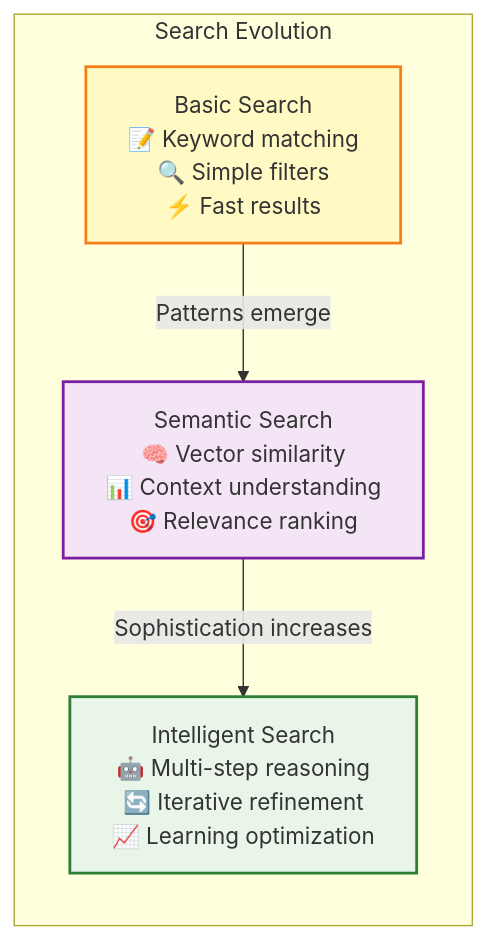
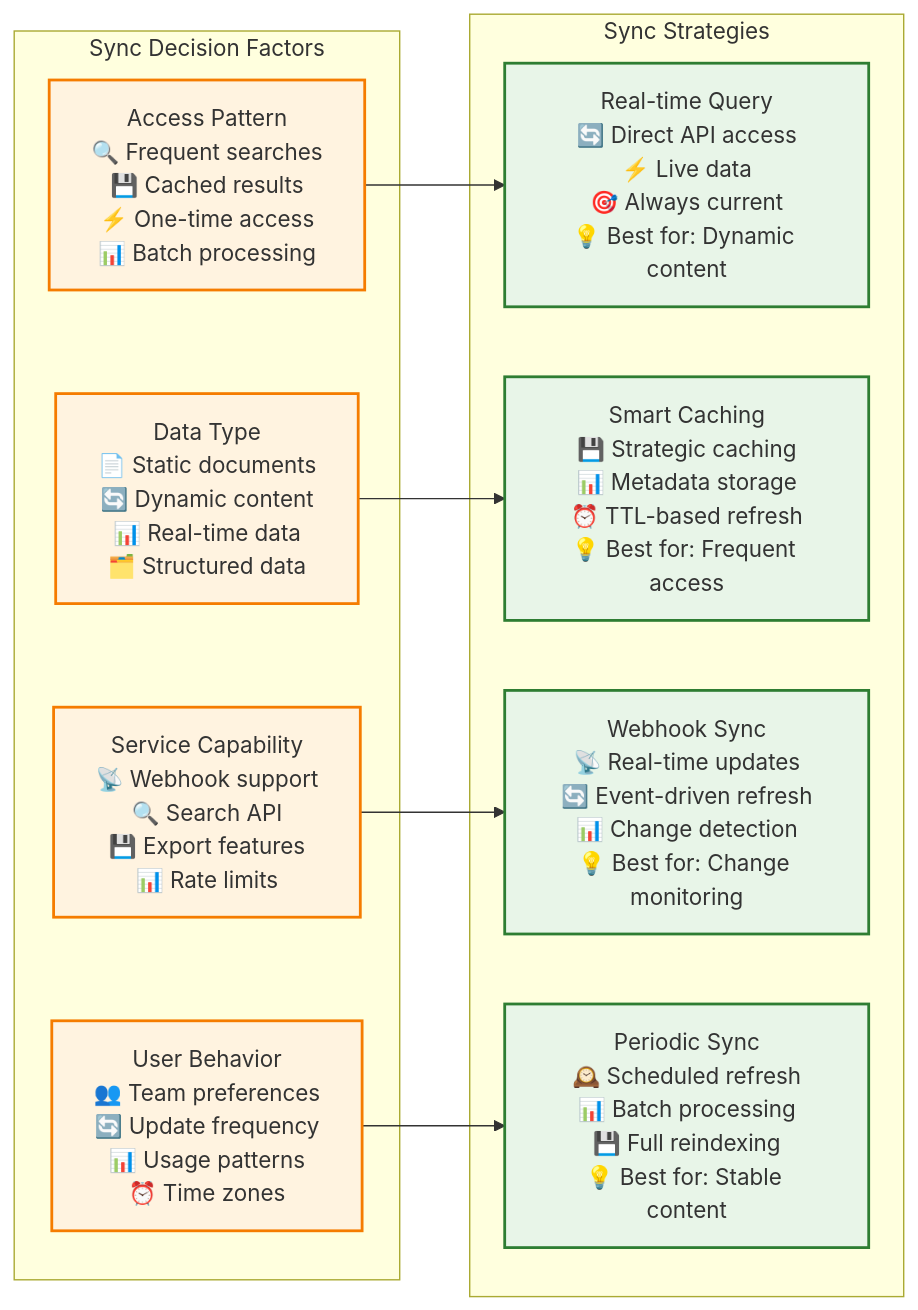
Before and after one commit to Vrooli/Vrooli: the second of 3 diagrams in docs/architecture/execution/knowledge-base/README.md, drawn with Mermaid. The commit also changed other lines of this file and 10 other files, not shown here.

````diff
--- a/docs/architecture/execution/knowledge-base/README.md
+++ b/docs/architecture/execution/knowledge-base/README.md
@@ -138,21 +270,33 @@
 ```mermaid
 graph LR
-    subgraph "Search Evolution"
-        BasicSearch[Basic Search<br/>📝 Keyword matching<br/>🔍 Simple filters<br/>⚡ Fast results]
+    subgraph "Sync Strategies"
+        RealTime[Real-time Query<br/>🔄 Direct API access<br/>⚡ Live data<br/>🎯 Always current<br/>💡 Best for: Dynamic content]
         
-        SemanticSearch[Semantic Search<br/>🧠 Vector similarity<br/>📊 Context understanding<br/>🎯 Relevance ranking]
+        SmartCache[Smart Caching<br/>💾 Strategic caching<br/>📊 Metadata storage<br/>⏰ TTL-based refresh<br/>💡 Best for: Frequent access]
         
-        IntelligentSearch[Intelligent Search<br/>🤖 Multi-step reasoning<br/>🔄 Iterative refinement<br/>📈 Learning optimization]
+        WebhookSync[Webhook Sync<br/>📡 Real-time updates<br/>🔄 Event-driven refresh<br/>📊 Change detection<br/>💡 Best for: Change monitoring]
+        
+        PeriodicSync[Periodic Sync<br/>🕰️ Scheduled refresh<br/>📊 Batch processing<br/>💾 Full reindexing<br/>💡 Best for: Stable content]
     end
     
-    BasicSearch -->|"Patterns emerge"| SemanticSearch
-    SemanticSearch -->|"Sophistication increases"| IntelligentSearch
+    subgraph "Sync Decision Factors"
+        DataType[Data Type<br/>📄 Static documents<br/>🔄 Dynamic content<br/>📊 Real-time data<br/>🗂️ Structured data]
+        
+        AccessPattern[Access Pattern<br/>🔍 Frequent searches<br/>💾 Cached results<br/>⚡ One-time access<br/>📊 Batch processing]
+        
+        ServiceCapability[Service Capability<br/>📡 Webhook support<br/>🔍 Search API<br/>💾 Export features<br/>📊 Rate limits]
+        
+        UserBehavior[User Behavior<br/>👥 Team preferences<br/>🔄 Update frequency<br/>📊 Usage patterns<br/>⏰ Time zones]
+    end
     
-    classDef basic fill:#fff9c4,stroke:#f57f17,stroke-width:2px
-    classDef semantic fill:#f3e5f5,stroke:#7b1fa2,stroke-width:2px
-    classDef intelligent fill:#e8f5e8,stroke:#2e7d32,stroke-width:2px
+    DataType --> SmartCache
+    AccessPattern --> RealTime
+    ServiceCapability --> WebhookSync
+    UserBehavior --> PeriodicSync
     
-    class BasicSearch basic
-    class SemanticSearch semantic
-    class IntelligentSearch intelligent
+    classDef strategy fill:#e8f5e8,stroke:#2e7d32,stroke-width:2px
+    classDef factor fill:#fff3e0,stroke:#f57c00,stroke-width:2px
+    
+    class RealTime,SmartCache,WebhookSync,PeriodicSync strategy
+    class DataType,AccessPattern,ServiceCapability,UserBehavior factor
 ```
````
